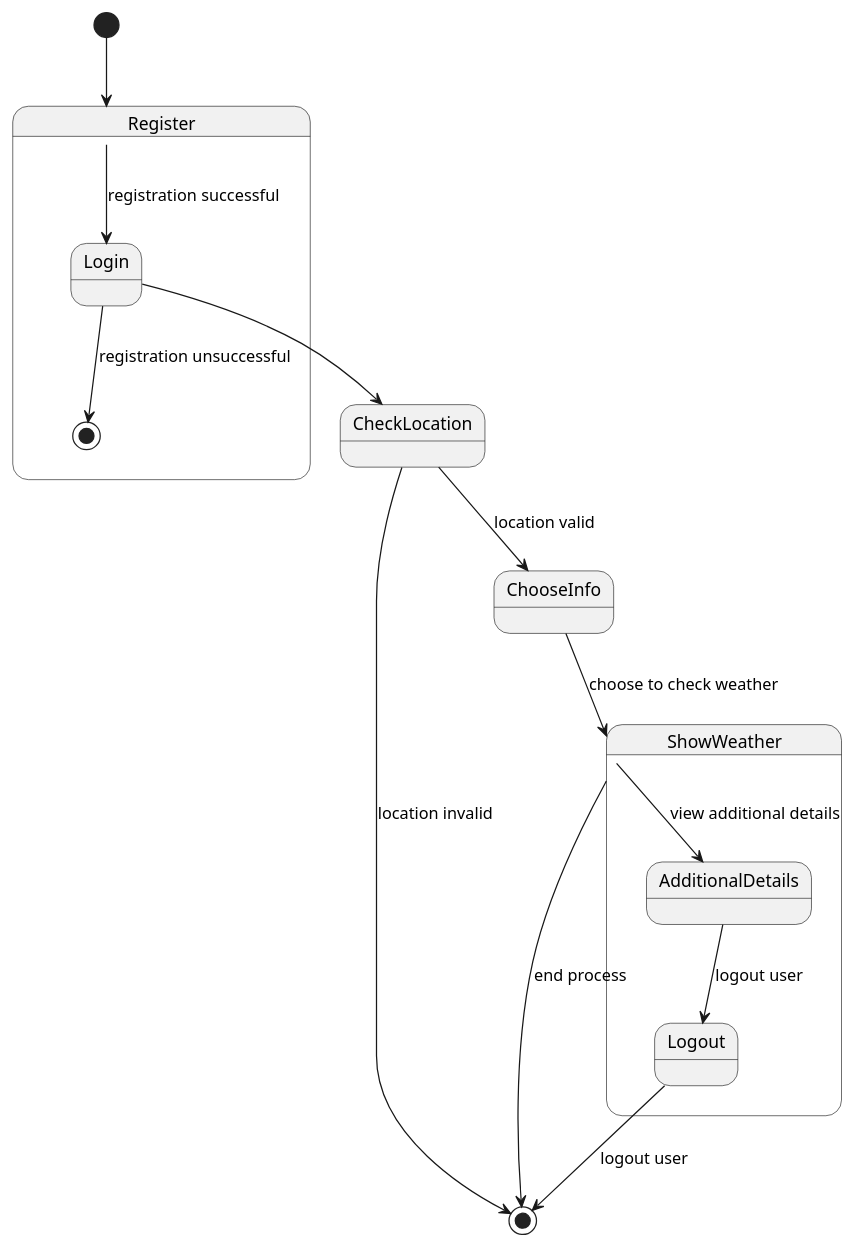
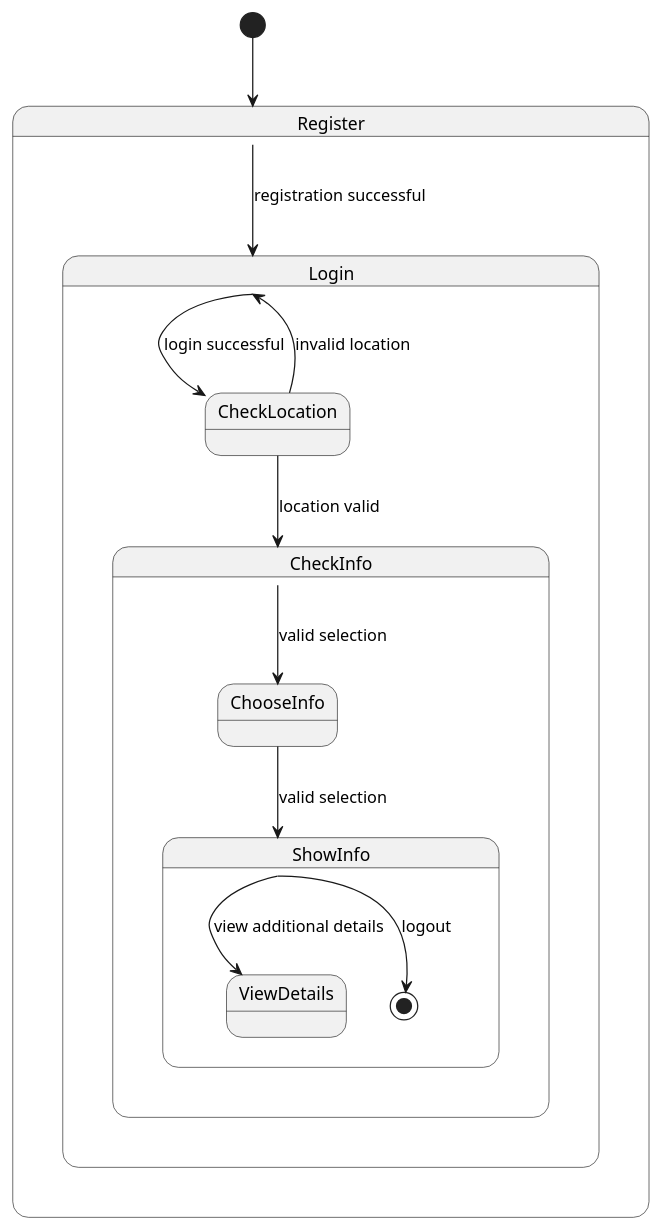
The diagram in valid_diagrams/Qwen_2.5_7B/syntax_grounded_repair/case_16_weather_monitoring_system/diagram.puml (maimunafaria/State_transition_Diagram_generated_by_LLM), drawn with PlantUML before and after one commit. The commit also changed 34 other files, not shown here.

```diff
--- a/valid_diagrams/Qwen_2.5_7B/syntax_grounded_repair/case_16_weather_monitoring_system/diagram.puml
+++ b/valid_diagrams/Qwen_2.5_7B/syntax_grounded_repair/case_16_weather_monitoring_system/diagram.puml
@@ -1,22 +1,24 @@
 @startuml
 [*] --> Register
 
 state Register {
   Register --> Login : registration successful
-  Login --> [*] : registration unsuccessful
 }
 
-Login --> CheckLocation
-CheckLocation --> [*] : location invalid
-CheckLocation --> ChooseInfo : location valid
-
-ChooseInfo --> ShowWeather : choose to check weather
-ShowWeather --> [*] : end process
-
-state ShowWeather {
-  ShowWeather --> AdditionalDetails : view additional details
-  AdditionalDetails --> Logout : logout user
+state Login {
+  Login --> CheckLocation : login successful
+  CheckLocation --> Login : invalid location
+  CheckLocation --> CheckInfo : location valid
 }
 
-Logout --> [*] : logout user
+state CheckInfo {
+  CheckInfo --> ChooseInfo : valid selection
+  ChooseInfo --> ShowInfo : valid selection
+}
+
+state ShowInfo {
+  ShowInfo --> ViewDetails : view additional details
+  ShowInfo --> [*] : logout
+}
+
 @enduml
```
